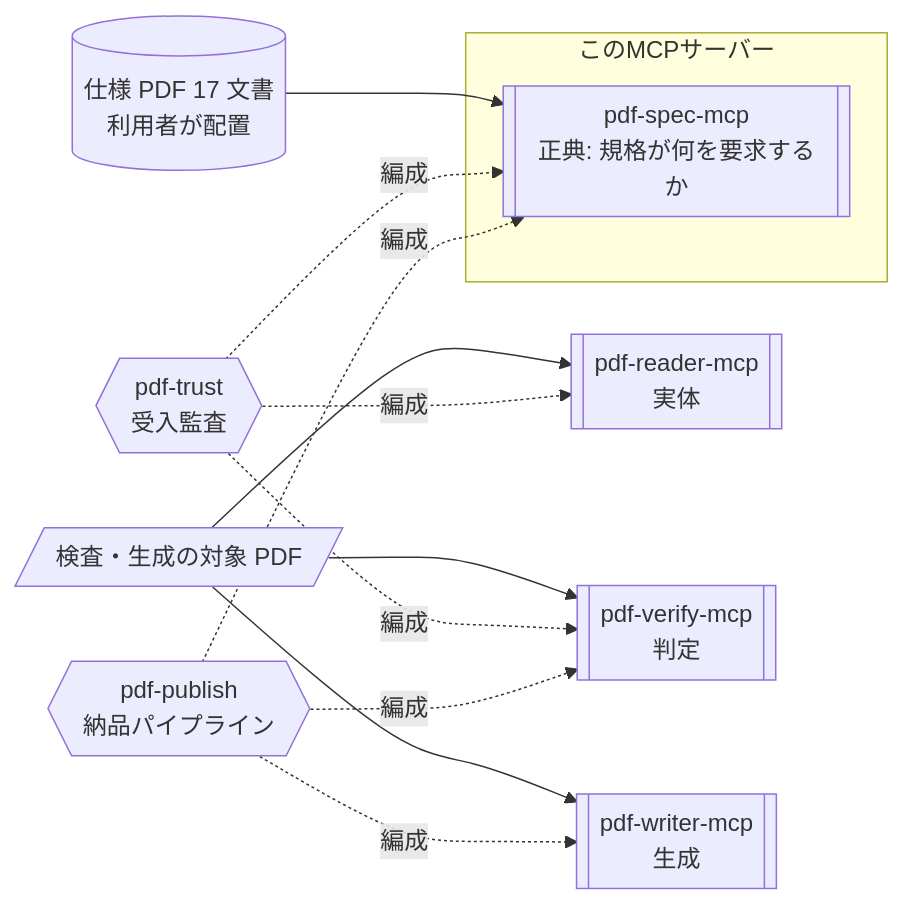
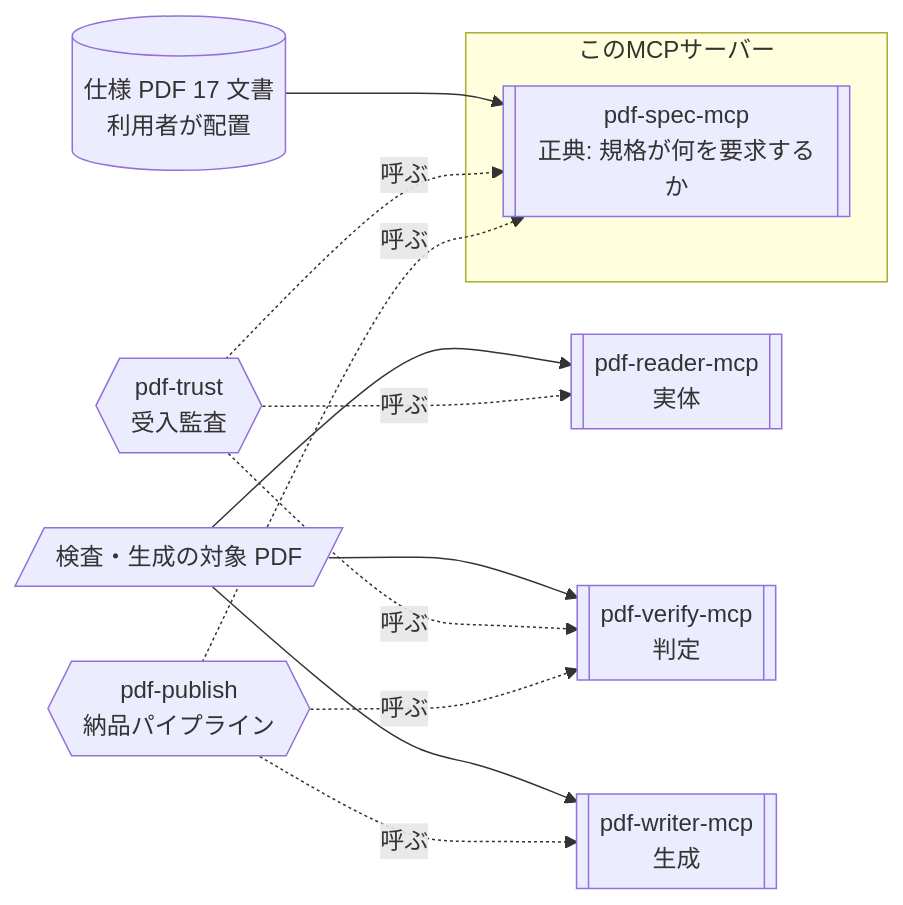
The diagram in site/docs/ja/mcp/pdf-spec.md (shuji-bonji/pdf-agent-stack), drawn with Mermaid before and after one commit. The commit also changed 19 other files, not shown here.

````diff
--- a/site/docs/ja/mcp/pdf-spec.md
+++ b/site/docs/ja/mcp/pdf-spec.md
@@ -29,16 +29,16 @@
 ```mermaid
 graph LR
   CORPUS[("仕様 PDF 17 文書<br>利用者が配置")] --> SPEC
   TARGET[/"検査・生成の対象 PDF"/] --> READER & VERIFY & WRITER
 
   subgraph SELF["このMCPサーバー"]
     SPEC[["pdf-spec-mcp<br>正典: 規格が何を要求するか"]]
   end
 
   READER[["pdf-reader-mcp<br>実体"]]
   VERIFY[["pdf-verify-mcp<br>判定"]]
   WRITER[["pdf-writer-mcp<br>生成"]]
 
-  TRUST{{"pdf-trust<br>受入監査"}} -.->|編成| SPEC & VERIFY & READER
-  PUBLISH{{"pdf-publish<br>納品パイプライン"}} -.->|編成| SPEC & VERIFY & WRITER
+  TRUST{{"pdf-trust<br>受入監査"}} -.->|呼ぶ| SPEC & VERIFY & READER
+  PUBLISH{{"pdf-publish<br>納品パイプライン"}} -.->|呼ぶ| SPEC & VERIFY & WRITER
 ```
````
